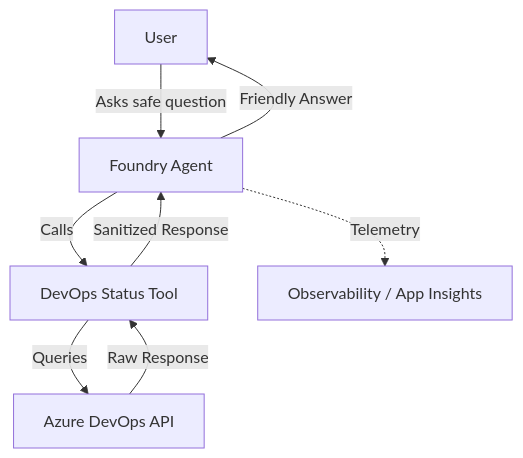
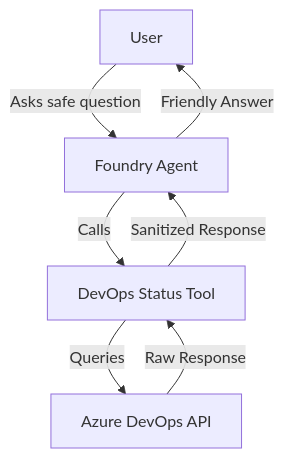
Before and after one commit to wildersa/azure_ref_kit: the first of 2 diagrams in solutions/foundry-devops-agent-basic/README.md, drawn with Mermaid. The commit also changed other lines of this file and 14 other files, not shown here.

````diff
--- a/solutions/foundry-devops-agent-basic/README.md
+++ b/solutions/foundry-devops-agent-basic/README.md
@@ -16,10 +16,9 @@
 ```mermaid
 flowchart TD
     User[User] -->|Asks safe question| Agent[Foundry Agent]
     Agent -->|Calls| Tool[DevOps Status Tool]
     Tool -->|Queries| DevOps[Azure DevOps API]
     DevOps -->|Raw Response| Tool
     Tool -->|Sanitized Response| Agent
     Agent -->|Friendly Answer| User
-    Agent -.->|Telemetry| Obs[Observability / App Insights]
 ```
````
